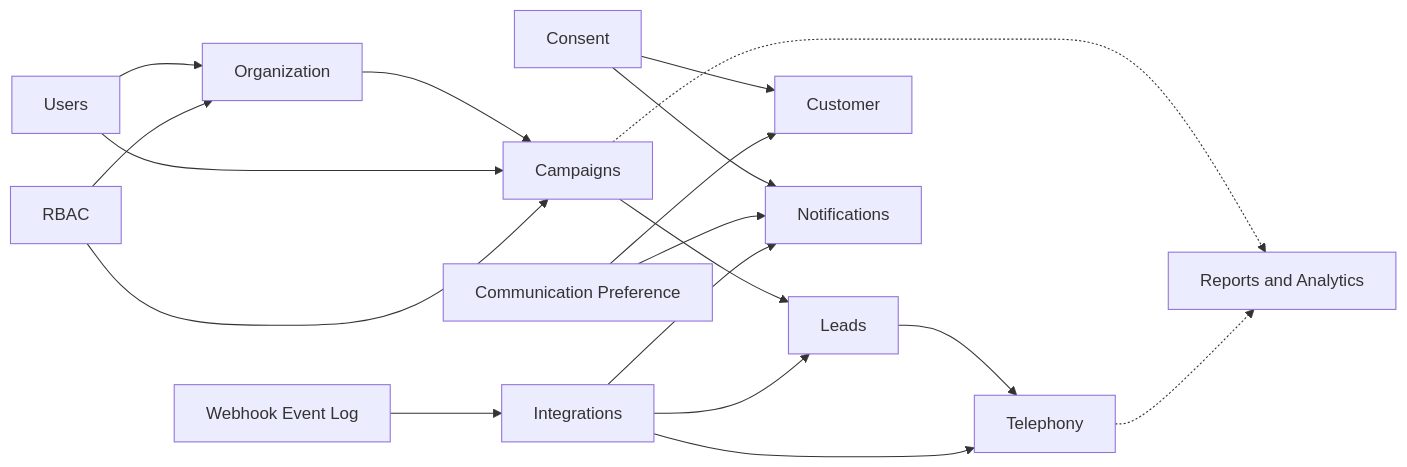
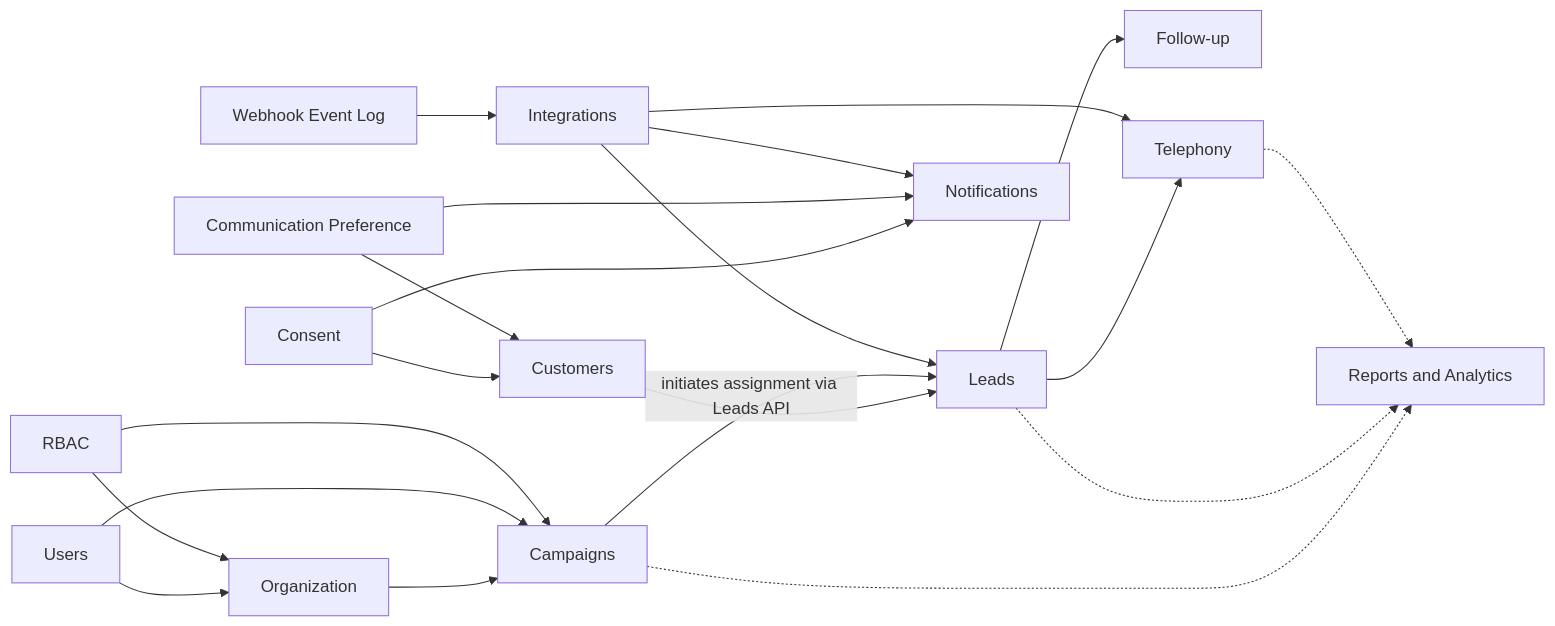
Before and after one commit to Mudraxcapital/mudrax-crm: the diagram in docs/domain/domain-model.md, drawn with Mermaid. The commit also changed other lines of this file and 14 other files, not shown here.

Commit message:
feat: finalize CRM core domain architecture

````diff
--- a/docs/domain/domain-model.md
+++ b/docs/domain/domain-model.md
@@ -106,20 +229,23 @@
 ```mermaid
 flowchart LR
   Users[Users] --> Organization[Organization]
   Rbac[RBAC] --> Organization
   Organization --> Campaigns[Campaigns]
   Users --> Campaigns
   Rbac --> Campaigns
-  Campaigns --> Leads[Leads]
+  Customers[Customers] --> Leads[Leads]
+  Campaigns -- initiates assignment via Leads API --> Leads
+  Leads --> FollowUp[Follow-up]
   Leads --> Telephony[Telephony]
   Campaigns -.-> Reports[Reports and Analytics]
+  Leads -.-> Reports
   Telephony -.-> Reports
-  Consent[Consent] --> Customer[Customer]
-  CommPreference[Communication Preference] --> Customer
+  Consent[Consent] --> Customers
+  CommPreference[Communication Preference] --> Customers
   Consent --> Notifications[Notifications]
   CommPreference --> Notifications
   WebhookLog[Webhook Event Log] --> Integrations[Integrations]
   Integrations --> Leads
   Integrations --> Notifications
   Integrations --> Telephony
 ```
````
